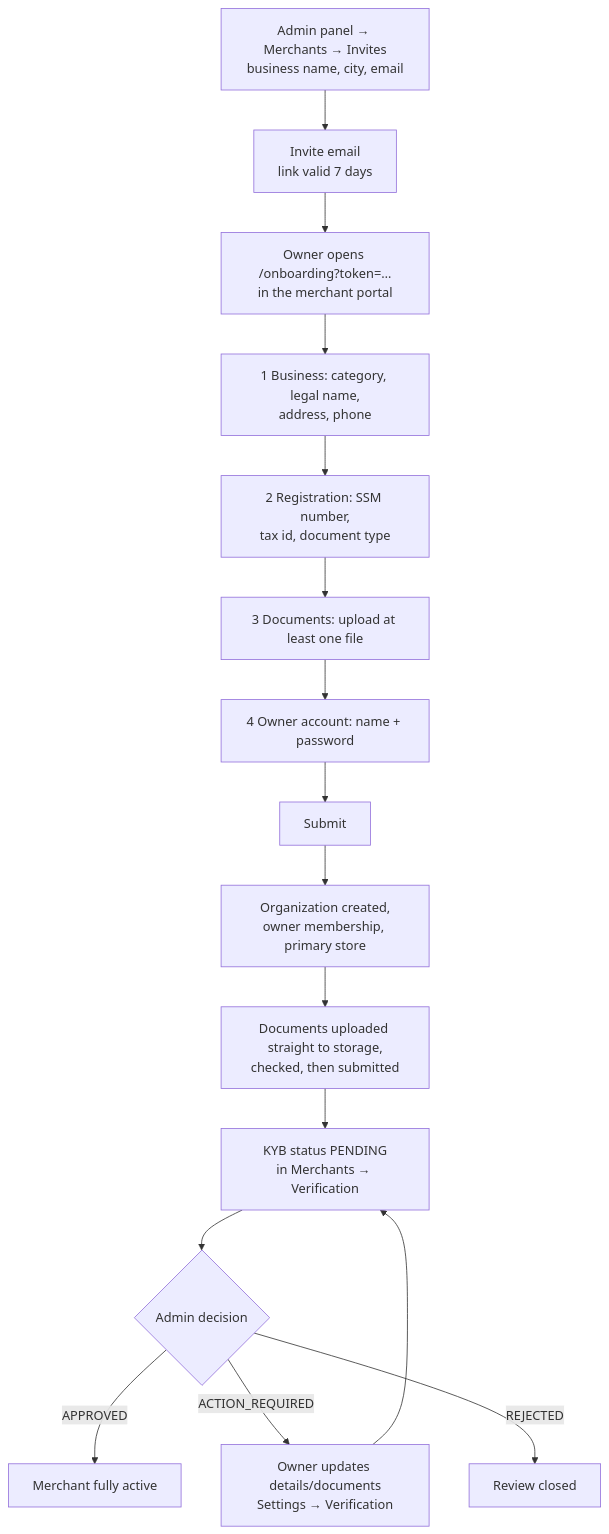
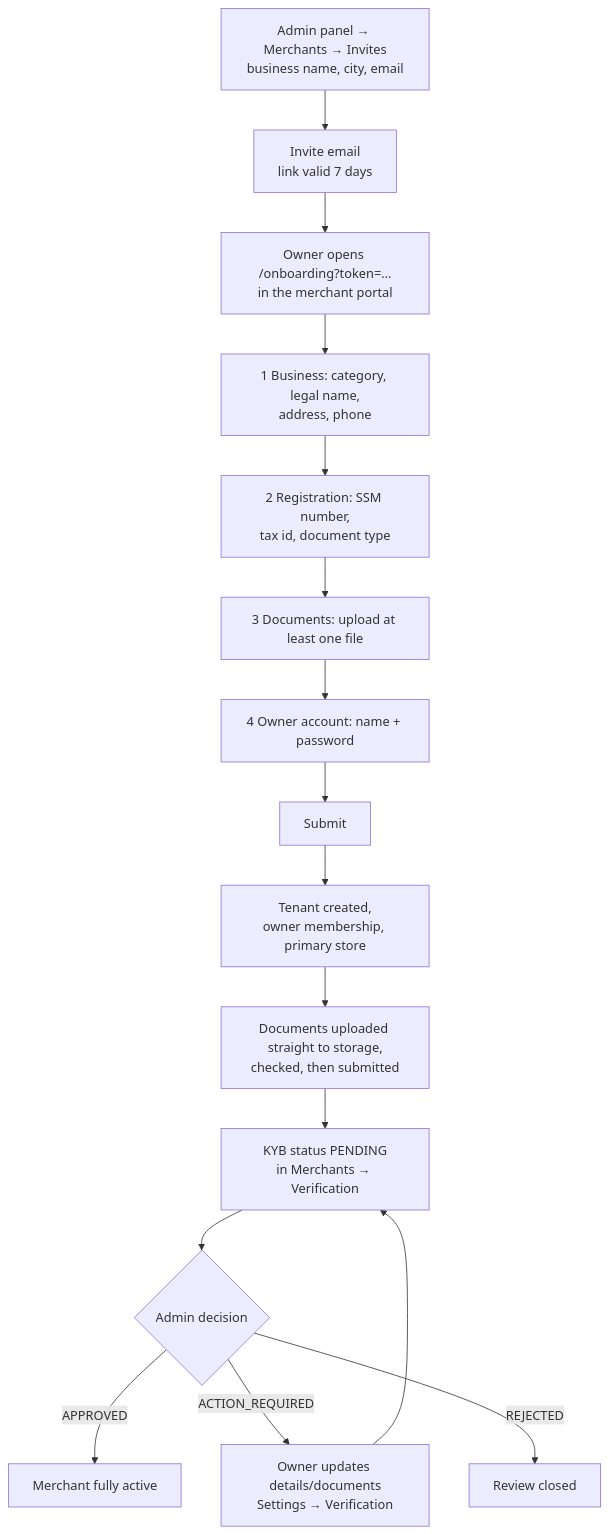
Before and after one commit to patelzz007/nestjs-nextjs-turborepo-starter-kit: the diagram in docs/user-guide/02-merchant-onboarding.md, drawn with Mermaid. The commit also changed other lines of this file and 674 other files, not shown here.

````diff
--- a/docs/user-guide/02-merchant-onboarding.md
+++ b/docs/user-guide/02-merchant-onboarding.md
@@ -16,18 +16,18 @@
 ```mermaid
 flowchart TD
     A[Admin panel → Merchants → Invites<br/>business name, city, email] --> B[Invite email<br/>link valid 7 days]
     B --> C[Owner opens /onboarding?token=…<br/>in the merchant portal]
     C --> D[1 Business: category, legal name,<br/>address, phone]
     D --> E[2 Registration: SSM number,<br/>tax id, document type]
     E --> F[3 Documents: upload at least one file]
     F --> G[4 Owner account: name + password]
     G --> H[Submit]
-    H --> I[Organization created,<br/>owner membership, primary store]
+    H --> I[Tenant created,<br/>owner membership, primary store]
     I --> J[Documents uploaded straight to storage,<br/>checked, then submitted]
     J --> K[KYB status PENDING<br/>in Merchants → Verification]
     K --> L{Admin decision}
     L -- APPROVED --> M[Merchant fully active]
     L -- ACTION_REQUIRED --> N[Owner updates details/documents<br/>Settings → Verification]
     L -- REJECTED --> O[Review closed]
     N --> K
 ```
````
